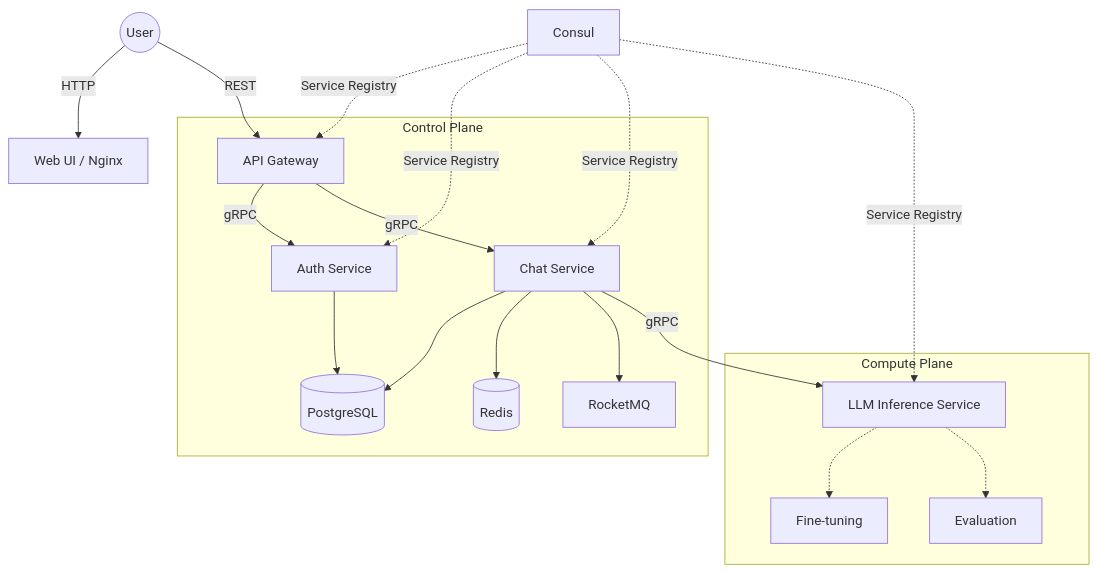
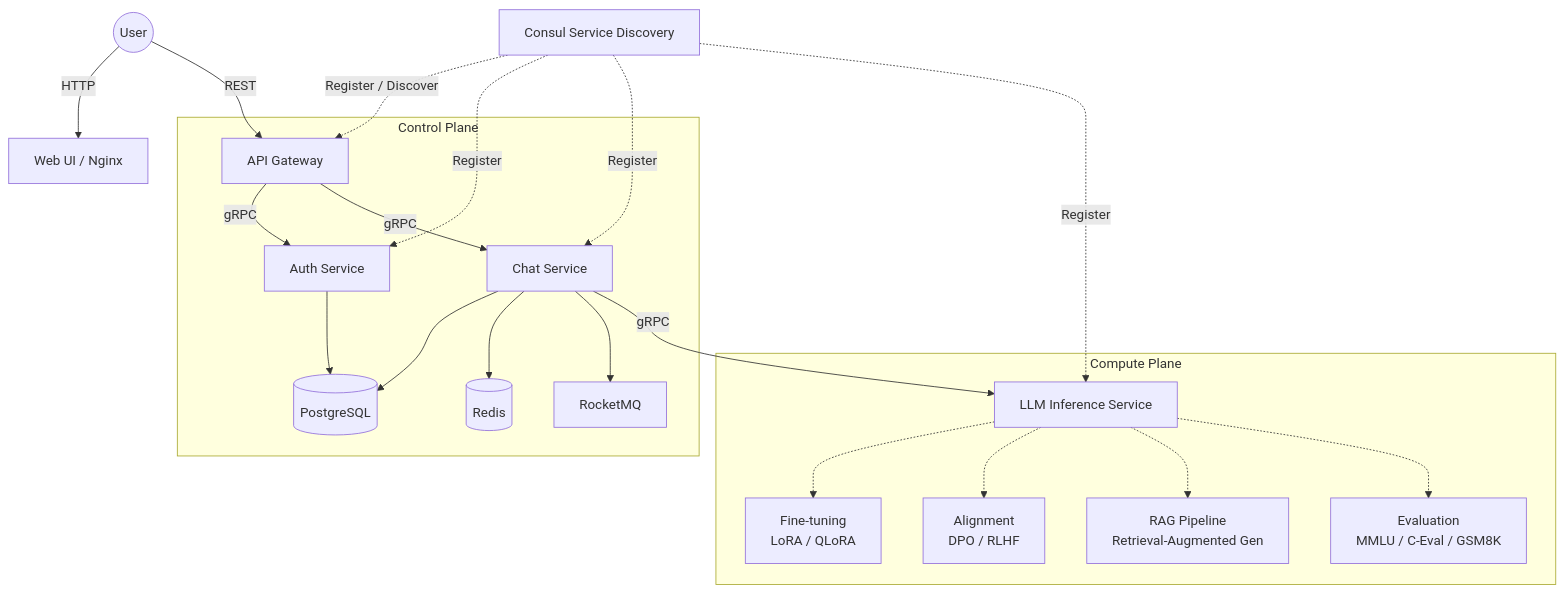
Before and after one commit to Einspanner123/free-chat: the first of 2 diagrams in README.md, drawn with Mermaid. The commit also changed other lines of this file and 1 other file, not shown here.

First line of the commit message:
docs: restructure README around training/alignment/inference platform positioning

````diff
--- a/README.md
+++ b/README.md
@@ -9,25 +28,27 @@
 ```mermaid
 graph TD
     User((User)) -->|HTTP| WebUI[Web UI / Nginx]
     User -->|REST| Gateway[API Gateway]
     
     subgraph "Control Plane"
         Gateway -->|gRPC| Auth[Auth Service]
         Gateway -->|gRPC| Chat[Chat Service]
         Auth --> DB[(PostgreSQL)]
         Chat --> DB
         Chat --> Redis[(Redis)]
         Chat --> MQ[RocketMQ]
     end
     
     subgraph "Compute Plane"
         Chat -->|gRPC| LLM[LLM Inference Service]
-        LLM -.-> Finetune[Fine-tuning]
-        LLM -.-> Evaluation[Evaluation]
+        LLM -.-> Finetune[Fine-tuning<br/>LoRA / QLoRA]
+        LLM -.-> Alignment[Alignment<br/>DPO / RLHF]
+        LLM -.-> RAG[RAG Pipeline<br/>Retrieval-Augmented Gen]
+        LLM -.-> Evaluation[Evaluation<br/>MMLU / C-Eval / GSM8K]
     end
     
-    Consul[Consul] -.->|Service Registry| Gateway
-    Consul -.->|Service Registry| Auth
-    Consul -.->|Service Registry| Chat
-    Consul -.->|Service Registry| LLM
+    Consul[Consul Service Discovery] -.->|Register / Discover| Gateway
+    Consul -.->|Register| Auth
+    Consul -.->|Register| Chat
+    Consul -.->|Register| LLM
 ```
````
